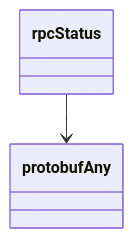
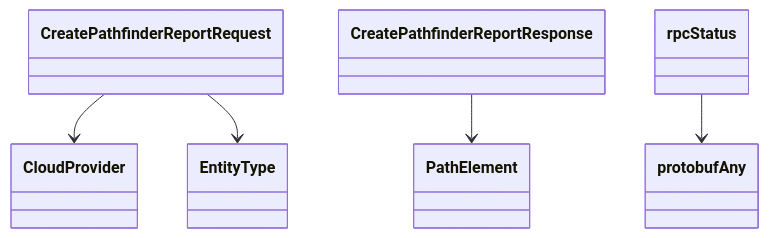
One commit to alexdearaujo/community_sdk_python changed the fourth of 4 diagrams in docs/sphinx/services/pathfinder.md. Above: the diagram before and after it, drawn with Mermaid. The commit also changed other lines of this file and 38 other files, not shown here.

````diff
--- a/docs/sphinx/services/pathfinder.md
+++ b/docs/sphinx/services/pathfinder.md
@@ -109,6 +109,14 @@
 ```mermaid
 classDiagram
+    class CloudProvider
+    class CreatePathfinderReportRequest
+    class CreatePathfinderReportResponse
+    class EntityType
+    class PathElement
     class protobufAny
     class rpcStatus
+    CreatePathfinderReportRequest --> CloudProvider
+    CreatePathfinderReportRequest --> EntityType
+    CreatePathfinderReportResponse --> PathElement
     rpcStatus --> protobufAny
 ```
````
